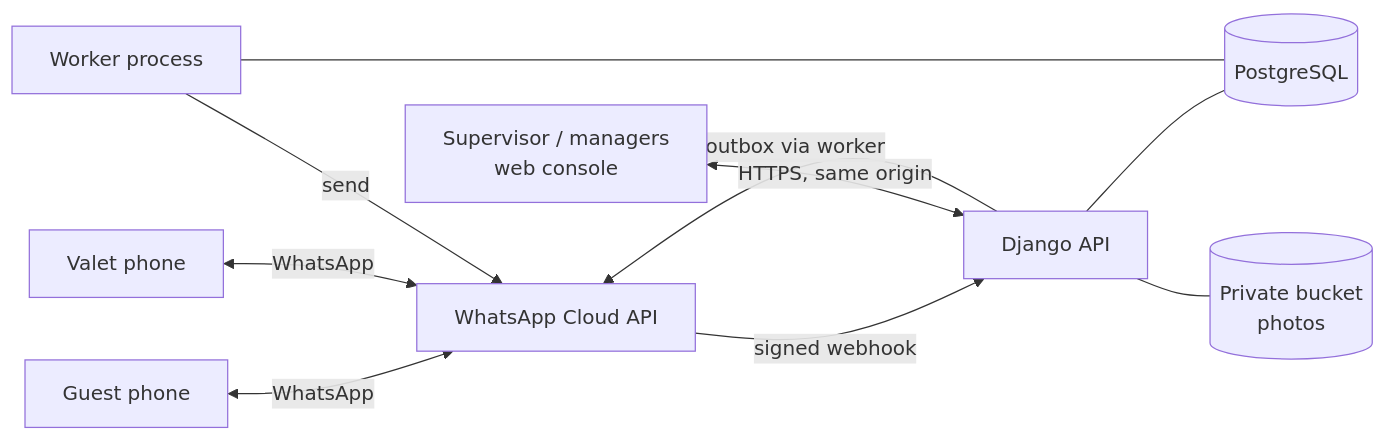
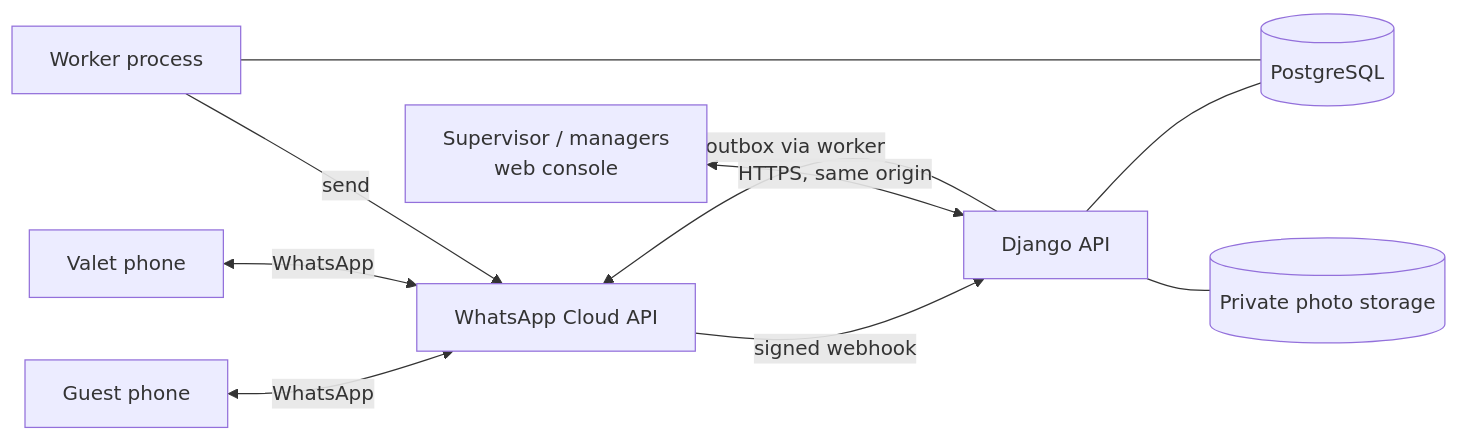
One commit to M7mdknh/Sallimha changed the first of 3 diagrams in docs/SYSTEM_OVERVIEW.md. Above: the diagram before and after it, drawn with Mermaid. The commit also changed other lines of this file, not shown here.

Commit message:
System overview: photo storage is local disk in the demo, private bucket on staging

````diff
--- a/docs/SYSTEM_OVERVIEW.md
+++ b/docs/SYSTEM_OVERVIEW.md
@@ -14,12 +14,12 @@
 ```mermaid
 flowchart LR
   G[Guest phone] <-->|WhatsApp| WA[WhatsApp Cloud API]
   V[Valet phone] <-->|WhatsApp| WA
   WA -->|signed webhook| API[Django API]
   API -->|outbox via worker| WA
   S[Supervisor / managers<br/>web console] <-->|HTTPS, same origin| API
   API --- DB[(PostgreSQL)]
   W[Worker process] --- DB
   W -->|send| WA
-  API --- B[(Private bucket<br/>photos)]
+  API --- B[(Private photo storage)]
 ```
````
